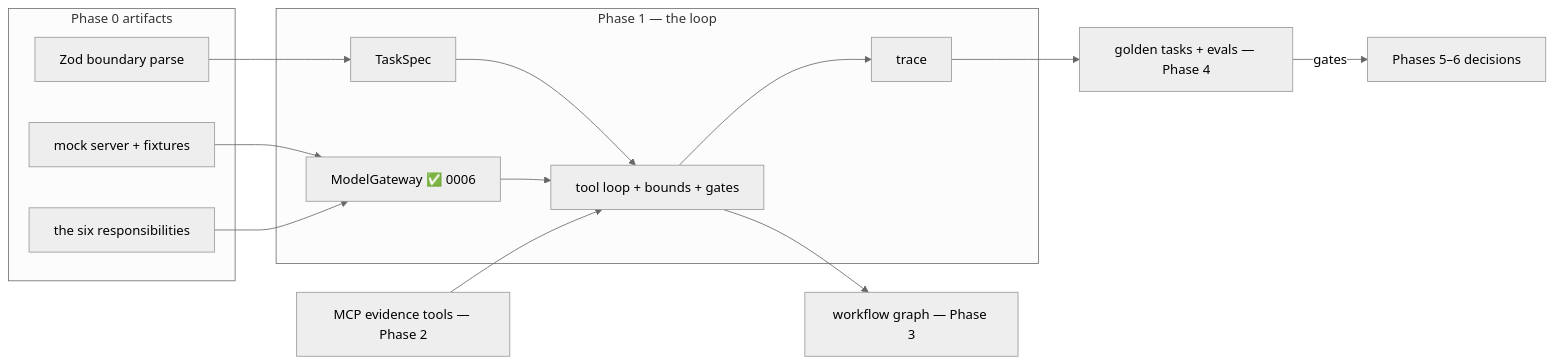
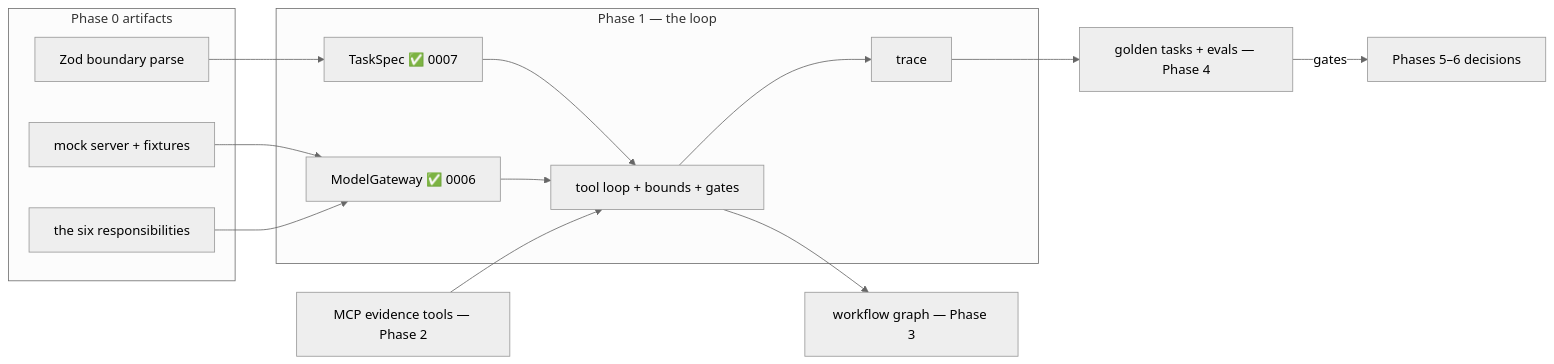
The fourth of 4 diagrams in wiki/course/course-module-graph.md (JozsefKiss90/TS), drawn with Mermaid (neutral theme) before and after one commit. The commit also changed other lines of this file and 21 other files, not shown here.

First line of the commit message:
Lesson 0007 — The TaskSpec Is a Contract, lab 06-taskspec

````diff
--- a/wiki/course/course-module-graph.md
+++ b/wiki/course/course-module-graph.md
@@ -75,24 +77,24 @@
 ```mermaid
 flowchart LR
     subgraph PH0["Phase 0 artifacts"]
         MOCK["mock server + fixtures"]
         SIX["the six responsibilities"]
         ZOD["Zod boundary parse"]
     end
     subgraph PH1["Phase 1 — the loop"]
         GWY["ModelGateway ✅ 0006"]
-        SPEC["TaskSpec"]
+        SPEC["TaskSpec ✅ 0007"]
         TLOOP["tool loop + bounds + gates"]
         TR["trace"]
     end
     MOCK --> GWY
     SIX --> GWY
     ZOD --> SPEC
     SPEC --> TLOOP
     GWY --> TLOOP
     TLOOP --> TR
     EV["MCP evidence tools — Phase 2"] --> TLOOP
     TLOOP --> WG["workflow graph — Phase 3"]
     TR --> EVAL["golden tasks + evals — Phase 4"]
     EVAL -->|"gates"| P5P6["Phases 5–6 decisions"]
 ```
````
